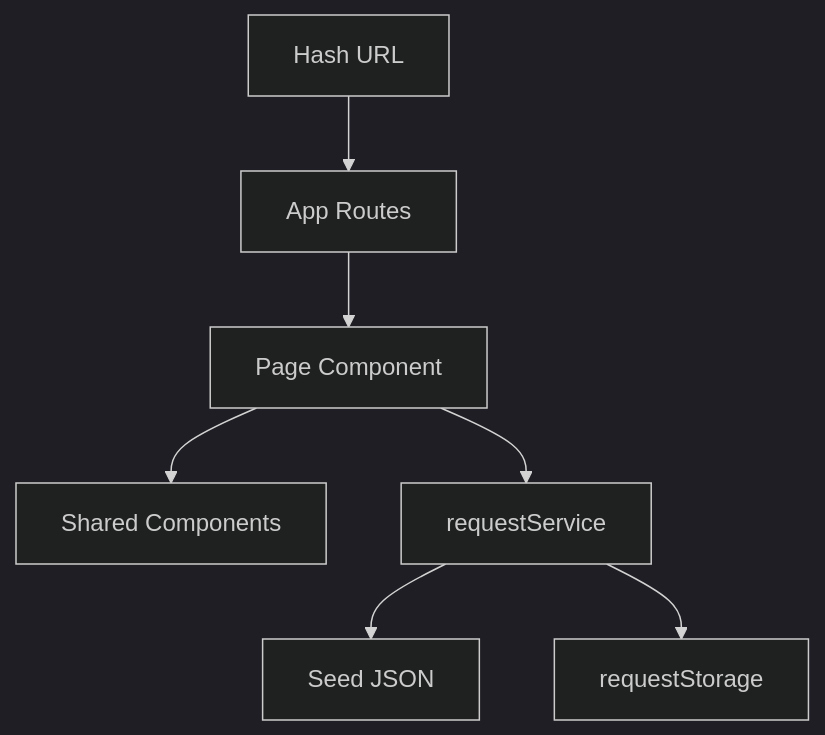
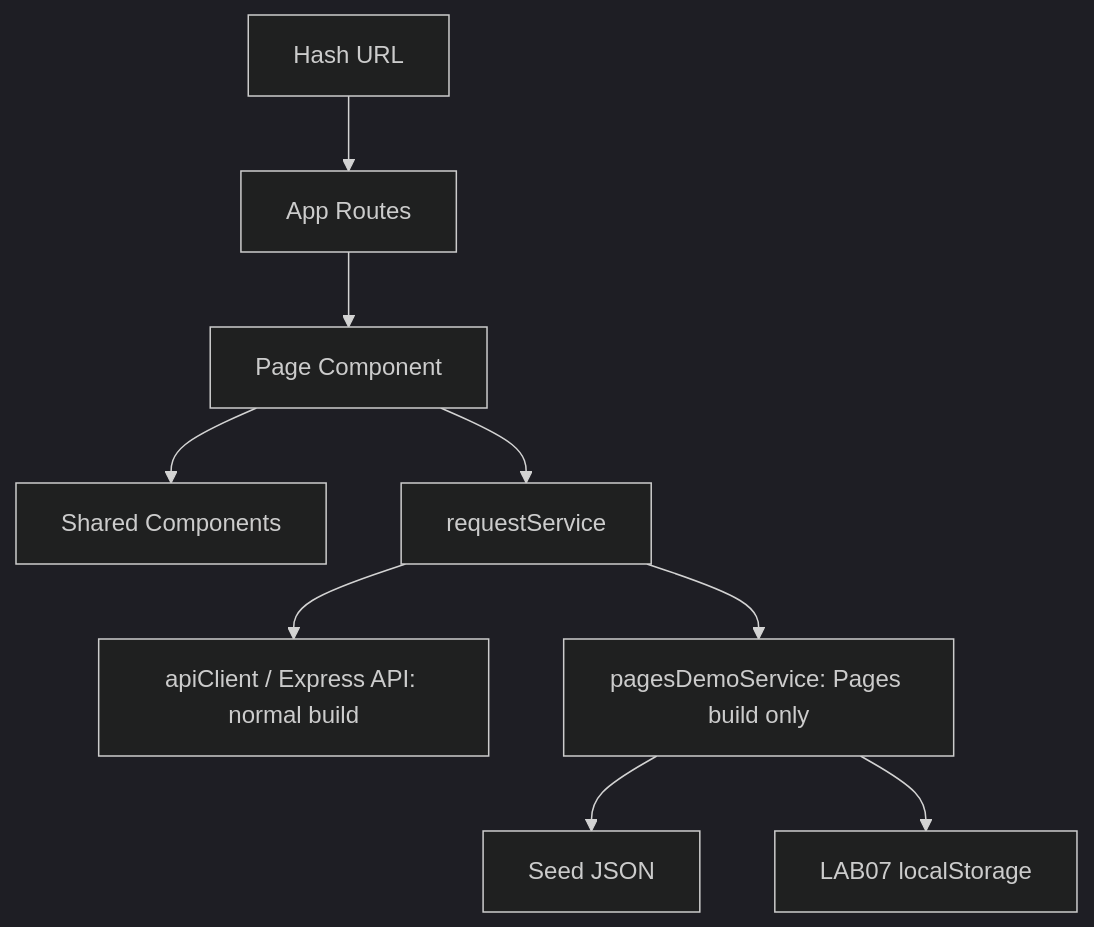
The diagram in labs/week-07/starter/frontend/README.md (Burapa2025/engse203-student-labs-68543210032-7), drawn with Mermaid (dark theme) before and after one commit. The commit also changed other lines of this file and 19 other files, not shown here.

````diff
--- a/labs/week-07/starter/frontend/README.md
+++ b/labs/week-07/starter/frontend/README.md
@@ -17,9 +30,11 @@
 ```mermaid
 flowchart TD
   URL[Hash URL] --> Routes[App Routes]
   Routes --> Page[Page Component]
   Page --> UI[Shared Components]
   Page --> Service[requestService]
-  Service --> Seed[Seed JSON]
-  Service --> Storage[requestStorage]
+  Service --> API[apiClient / Express API: normal build]
+  Service --> Demo[pagesDemoService: Pages build only]
+  Demo --> Seed[Seed JSON]
+  Demo --> Storage[LAB07 localStorage]
 ```
````
